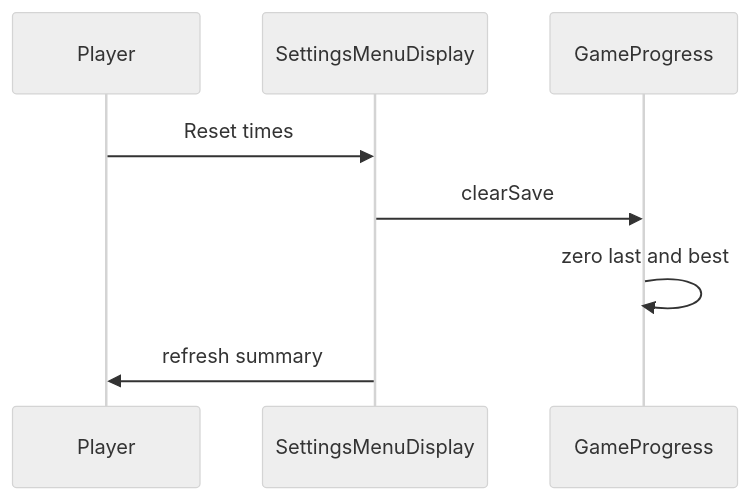
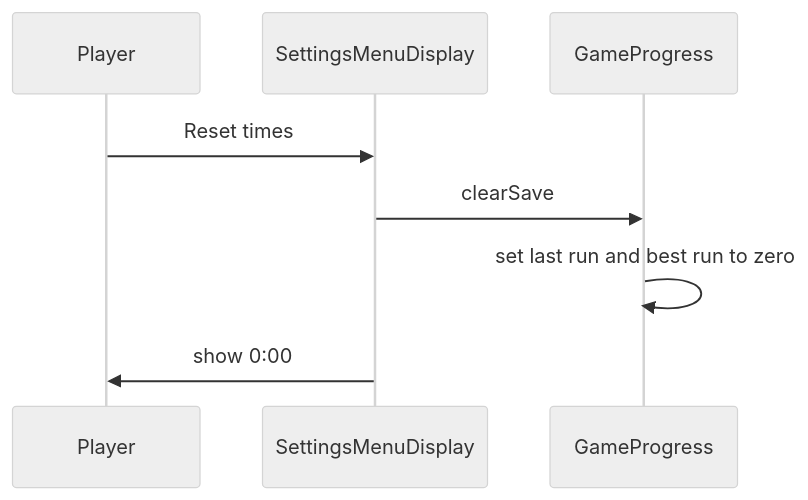
The fourth of 4 diagrams in source/docs/settings-menu.md (UQcsse3200/2026-studio-4), drawn with Mermaid (neutral theme) before and after one commit. The commit also changed other lines of this file and 3 other files, not shown here.

Commit message:
Keep UI scale in the display options and hide the HUD while settings are open (#238).

````diff
--- a/source/docs/settings-menu.md
+++ b/source/docs/settings-menu.md
@@ -120,11 +175,11 @@
 ```mermaid
 sequenceDiagram
   participant Player
-  participant Menu as SettingsMenuDisplay
+  participant Page as SettingsMenuDisplay
   participant Save as GameProgress
 
-  Player->>Menu: Reset times
-  Menu->>Save: clearSave
-  Save->>Save: zero last and best
-  Menu->>Player: refresh summary
+  Player->>Page: Reset times
+  Page->>Save: clearSave
+  Save->>Save: set last run and best run to zero
+  Page->>Player: show 0:00
 ```
````
